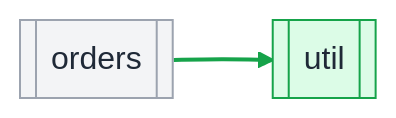
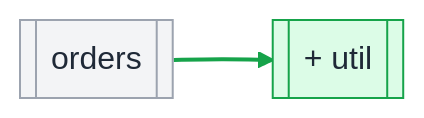
One commit to Ullauri/shapediff changed the fifth of 5 diagrams in internal/render/testdata/note.golden.md. Above: the diagram before and after it, drawn with Mermaid. The commit also changed other lines of this file and 7 other files, not shown here.

````diff
--- a/internal/render/testdata/note.golden.md
+++ b/internal/render/testdata/note.golden.md
@@ -181,11 +181,11 @@
 ```mermaid
 flowchart LR
   classDef added fill:#dcfce7,stroke:#16a34a,color:#1f2937
   classDef context fill:#f3f4f6,stroke:#9ca3af,color:#1f2937
   n7309427a[["orders"]]
-  na7fef5cf[["util"]]
+  na7fef5cf[["+ util"]]
   n7309427a --> na7fef5cf
   linkStyle 0 stroke:#16a34a,stroke-width:2px
   class na7fef5cf added
   class n7309427a context
 ```
````
